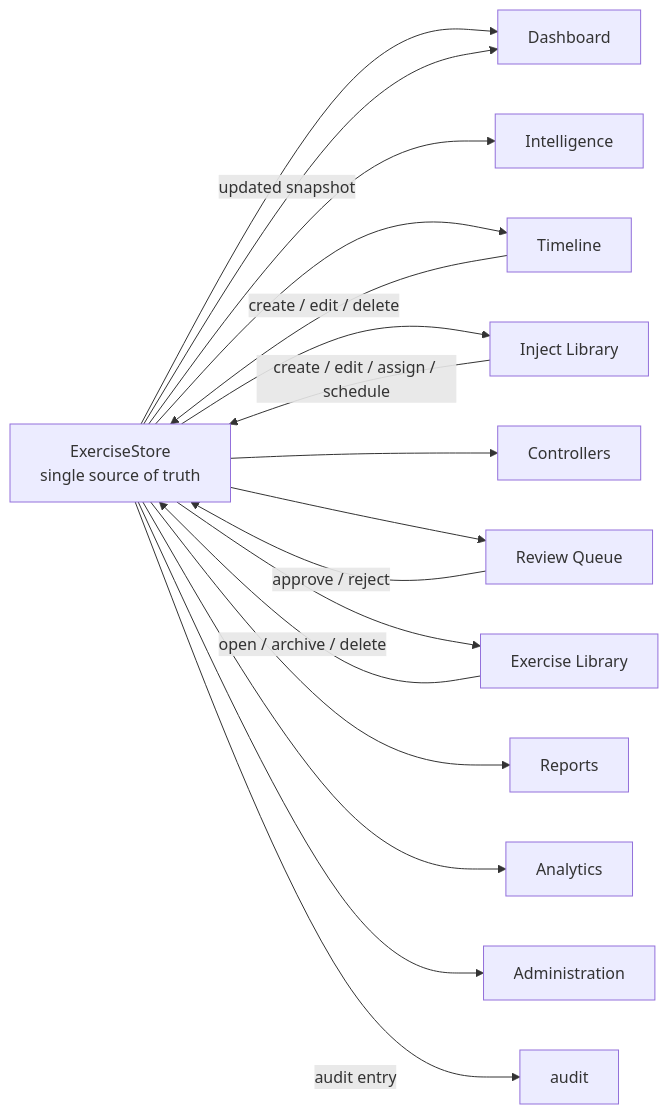
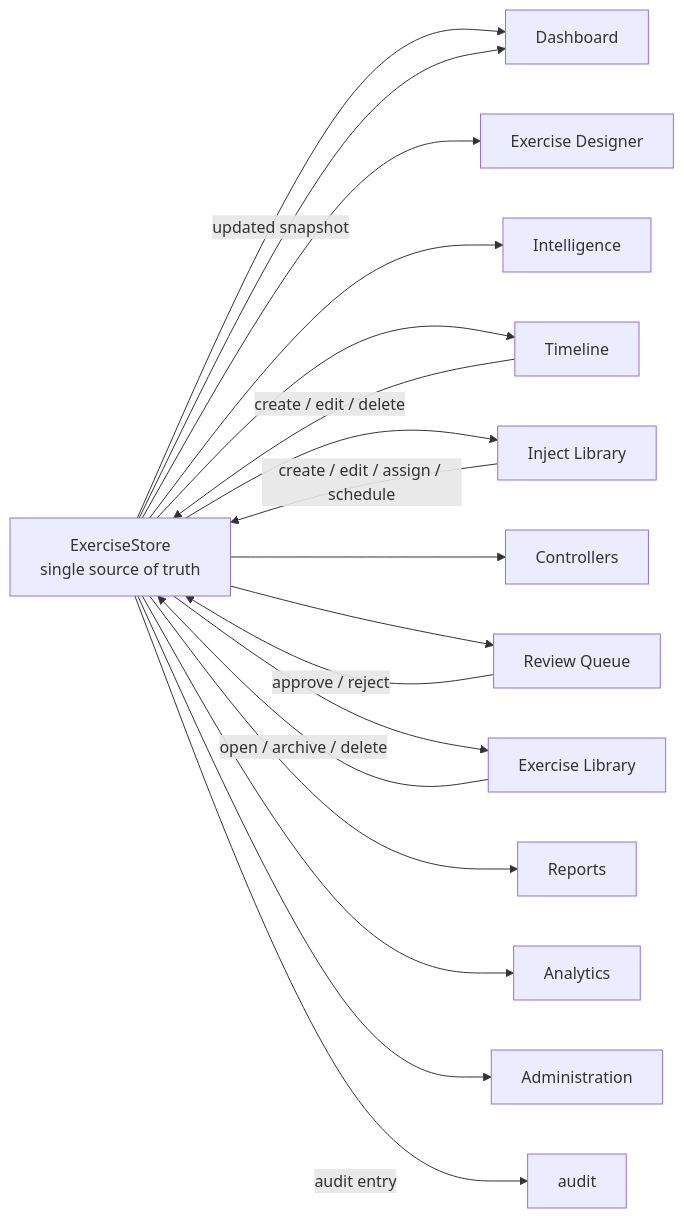
One commit to alexr080413-beep/project-forge changed the diagram in FORGE_STUDIO_WEB.md. Above: the diagram before and after it, drawn with Mermaid. The commit also changed other lines of this file and 9 other files, not shown here.

First line of the commit message:
Forge Studio: Add Exercise Designer framework

````diff
--- a/FORGE_STUDIO_WEB.md
+++ b/FORGE_STUDIO_WEB.md
@@ -104,19 +106,20 @@
 ```mermaid
 flowchart LR
     store["ExerciseStore<br/>single source of truth"] --> dashboard["Dashboard"]
+    store --> designer["Exercise Designer"]
     store --> intelligence["Intelligence"]
     store --> timeline["Timeline"]
     store --> injects["Inject Library"]
     store --> controllers["Controllers"]
     store --> review["Review Queue"]
     store --> library["Exercise Library"]
     store --> reports["Reports"]
     store --> analytics["Analytics"]
     store --> admin["Administration"]
     review -->|"approve / reject"| store
     injects -->|"create / edit / assign / schedule"| store
     timeline -->|"create / edit / delete"| store
     library -->|"open / archive / delete"| store
     store -->|"updated snapshot"| dashboard
     store -->|"audit entry"| audit
 ```
````
